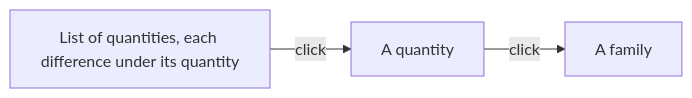
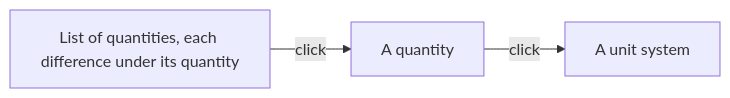
One commit to AlexandreGallais/synoptic-studio-spec changed diagram 13 of 16 in screens/metadata.md. Above: the diagram before and after it, drawn with Mermaid. The commit also changed other lines of this file and 6 other files, not shown here.

````diff
--- a/screens/metadata.md
+++ b/screens/metadata.md
@@ -448,5 +447,5 @@
 ```mermaid
 flowchart LR
     L["List of quantities, each difference under its quantity"] -->|"click"| Q["A quantity"]
-    Q -->|"click"| F["A family"]
+    Q -->|"click"| F["A unit system"]
 ```
````
